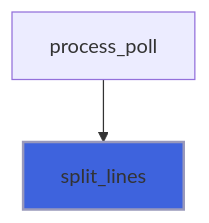
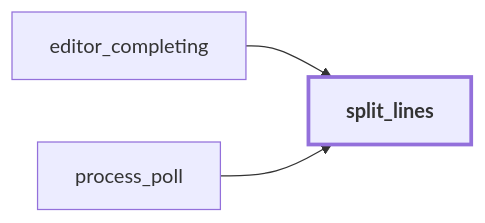
The seventh of 16 diagrams in docs/api/src/lib/figure_process.md (szaghi/figure), drawn with Mermaid before and after one commit. The commit also changed other lines of this file and 54 other files, not shown here.

````diff
--- a/docs/api/src/lib/figure_process.md
+++ b/docs/api/src/lib/figure_process.md
@@ -303,5 +331,9 @@
 ```mermaid
-flowchart TD
+flowchart LR
+  editor_completing["editor_completing"] --> split_lines["split_lines"]
   process_poll["process_poll"] --> split_lines["split_lines"]
-  style split_lines fill:#3e63dd,stroke:#99b,stroke-width:2px
+  classDef focus stroke-width:3px,font-weight:bold
+  class split_lines focus
+  click editor_completing href "figure_editor.html#editor-completing" "editor_completing"
+  click process_poll href "#process-poll" "process_poll"
 ```
````
